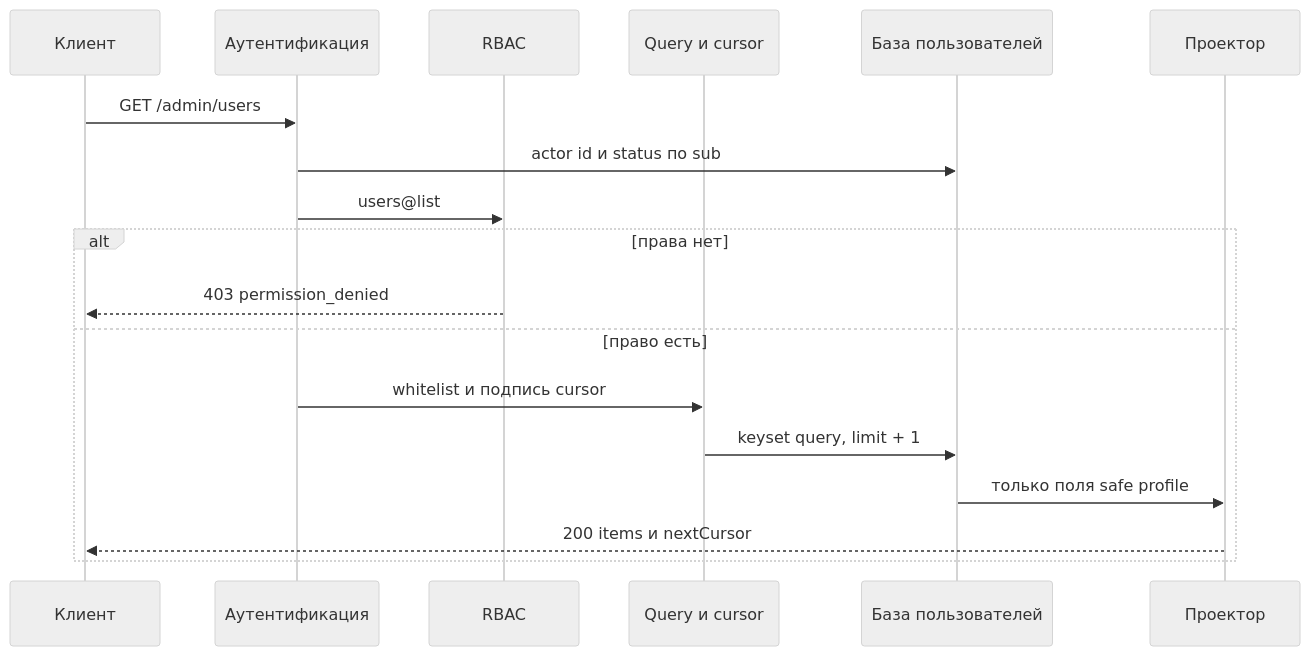
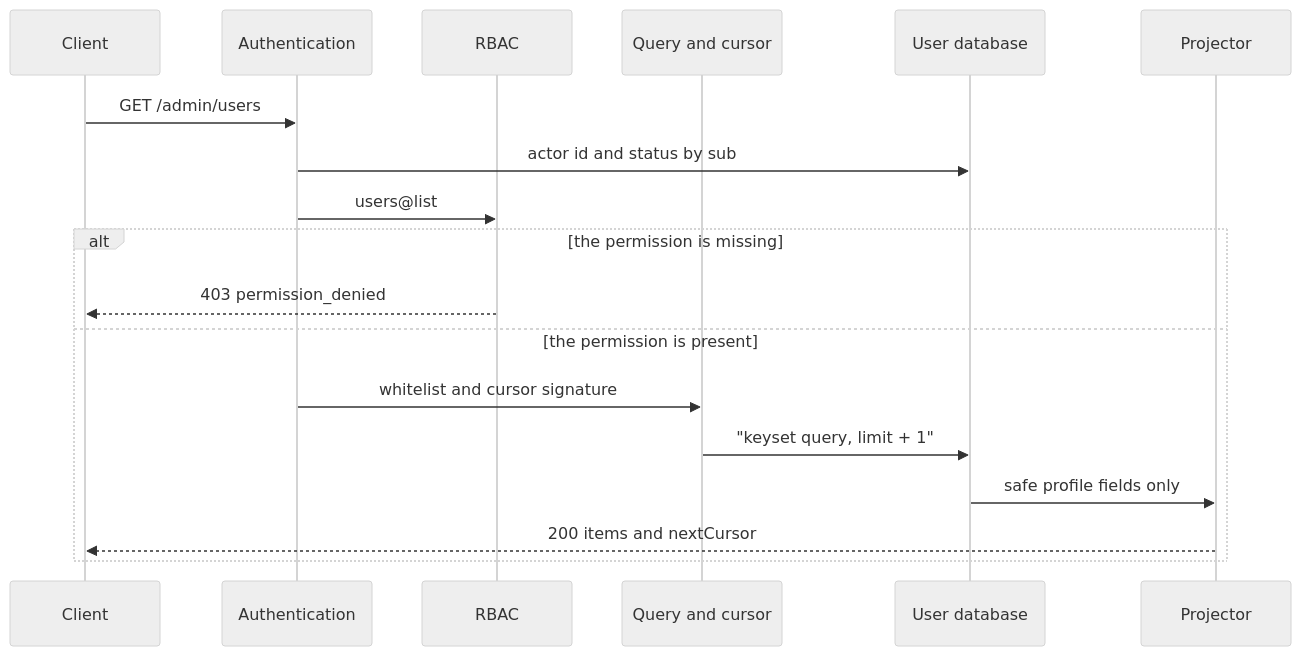
One commit to pavel-skripko-innowise/inno-fe-be-a1 changed the first of 2 diagrams in courses-content/backend/A/1/en/3.1.7 Просмотр списка всех пользователей.md. Above: the diagram before and after it, drawn with Mermaid (neutral theme). The commit also changed other lines of this file and 35 other files, not shown here.

````diff
--- a/courses-content/backend/A/1/en/3.1.7 Просмотр списка всех пользователей.md
+++ b/courses-content/backend/A/1/en/3.1.7 Просмотр списка всех пользователей.md
@@ -33,20 +33,20 @@
 ```mermaid
 sequenceDiagram
-  participant C as Клиент
-  participant A as Аутентификация
+  participant C as Client
+  participant A as Authentication
   participant R as RBAC
-  participant V as Query и cursor
-  participant D as База пользователей
-  participant P as Проектор
+  participant V as Query and cursor
+  participant D as User database
+  participant P as Projector
   C->>A: GET /admin/users
-  A->>D: actor id и status по sub
+  A->>D: actor id and status by sub
   A->>R: users@list
-  alt права нет
+  alt the permission is missing
     R-->>C: 403 permission_denied
-  else право есть
-    A->>V: whitelist и подпись cursor
-    V->>D: keyset query, limit + 1
-    D->>P: только поля safe profile
-    P-->>C: 200 items и nextCursor
+  else the permission is present
+    A->>V: whitelist and cursor signature
+    V->>D: "keyset query, limit + 1"
+    D->>P: safe profile fields only
+    P-->>C: 200 items and nextCursor
   end
 ```
````
